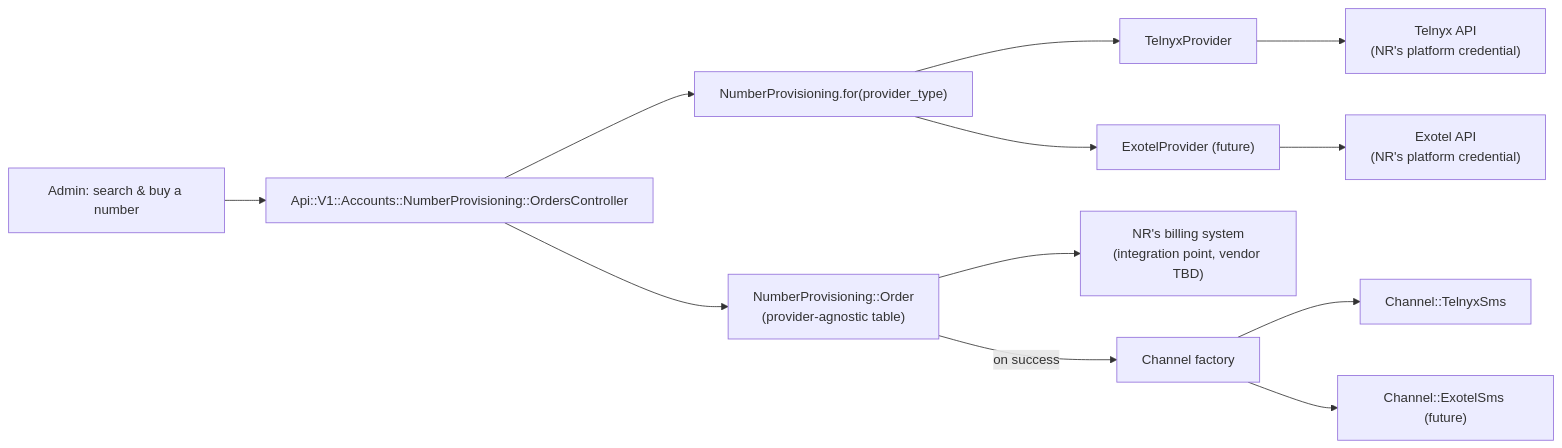
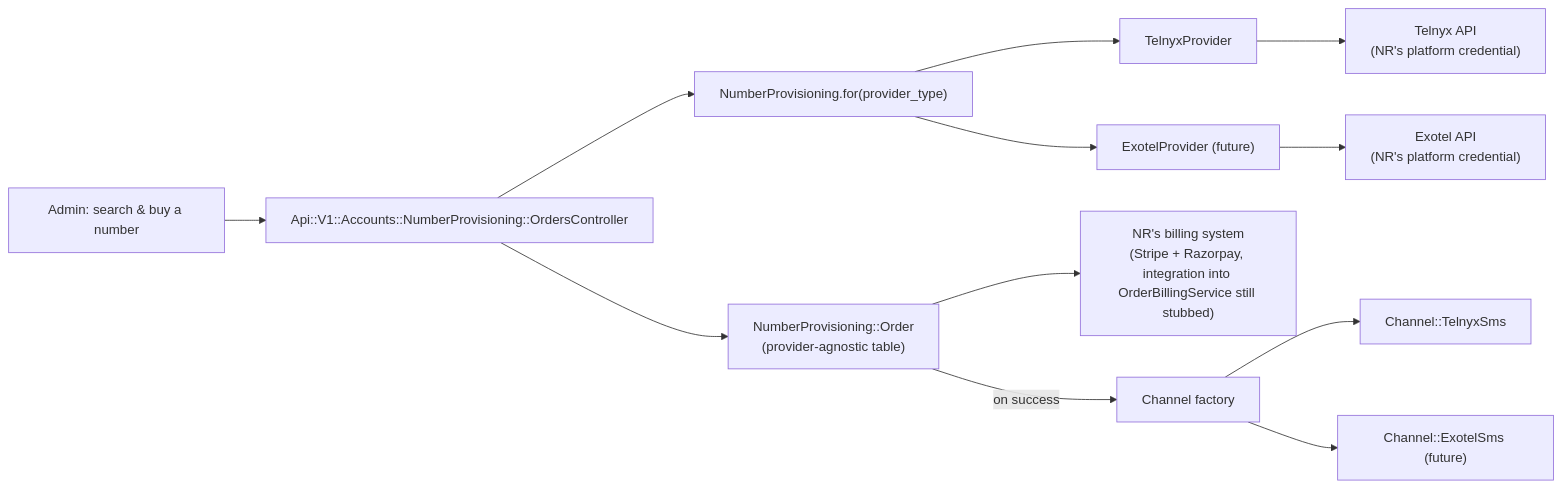
One commit to newrelay/newrelay-app changed the first of 2 diagrams in docs/solution-notes/number-provisioning-reseller-architecture-design.md. Above: the diagram before and after it, drawn with Mermaid. The commit also changed other lines of this file and 1 other file, not shown here.

First line of the commit message:
docs(provisioning): correct stale billing system claims in FRD and design

````diff
--- a/docs/solution-notes/number-provisioning-reseller-architecture-design.md
+++ b/docs/solution-notes/number-provisioning-reseller-architecture-design.md
@@ -48,14 +48,14 @@
 ```mermaid
 flowchart LR
   UI["Admin: search & buy a number"] --> API["Api::V1::Accounts::NumberProvisioning::OrdersController"]
   API --> Registry["NumberProvisioning.for(provider_type)"]
   Registry --> TelnyxAdapter["TelnyxProvider"]
   Registry --> ExotelAdapter["ExotelProvider (future)"]
   TelnyxAdapter --> TelnyxAPI["Telnyx API\n(NR's platform credential)"]
   ExotelAdapter --> ExotelAPI["Exotel API\n(NR's platform credential)"]
   API --> OrderRecord["NumberProvisioning::Order\n(provider-agnostic table)"]
-  OrderRecord --> Billing["NR's billing system\n(integration point, vendor TBD)"]
+  OrderRecord --> Billing["NR's billing system\n(Stripe + Razorpay, integration into OrderBillingService still stubbed)"]
   OrderRecord -->|on success| ChannelFactory["Channel factory"]
   ChannelFactory --> TelnyxChannel["Channel::TelnyxSms"]
   ChannelFactory --> ExotelChannel["Channel::ExotelSms (future)"]
 ```
````
